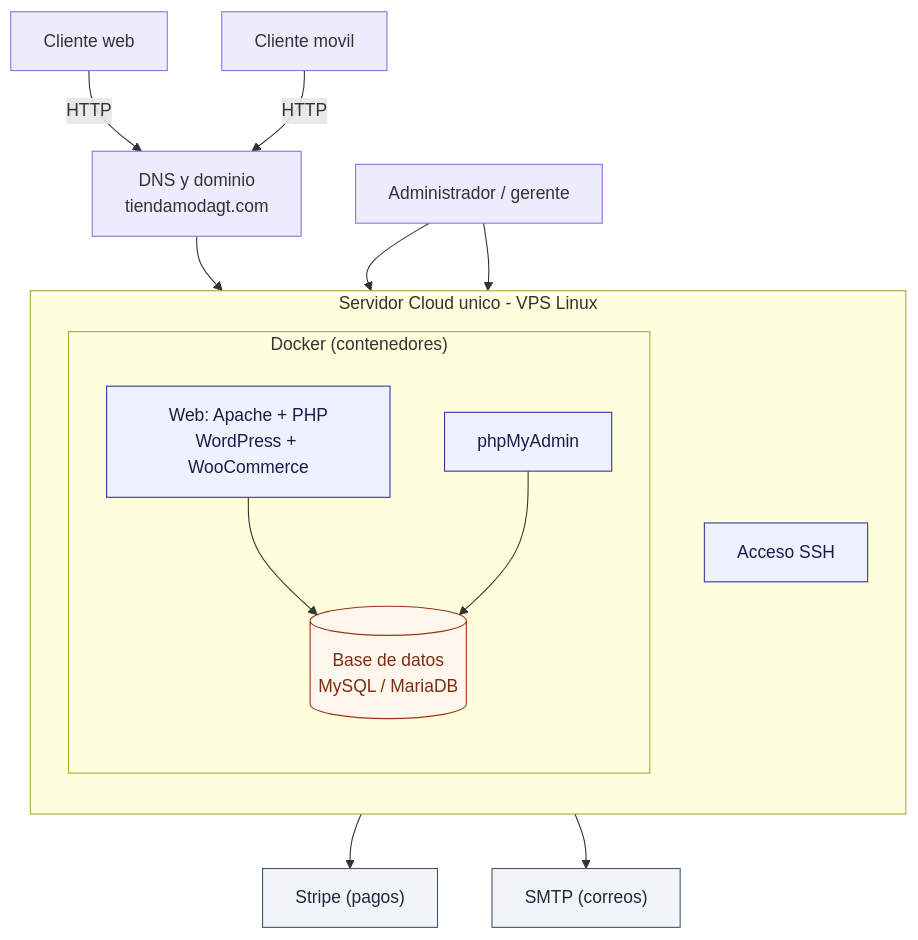
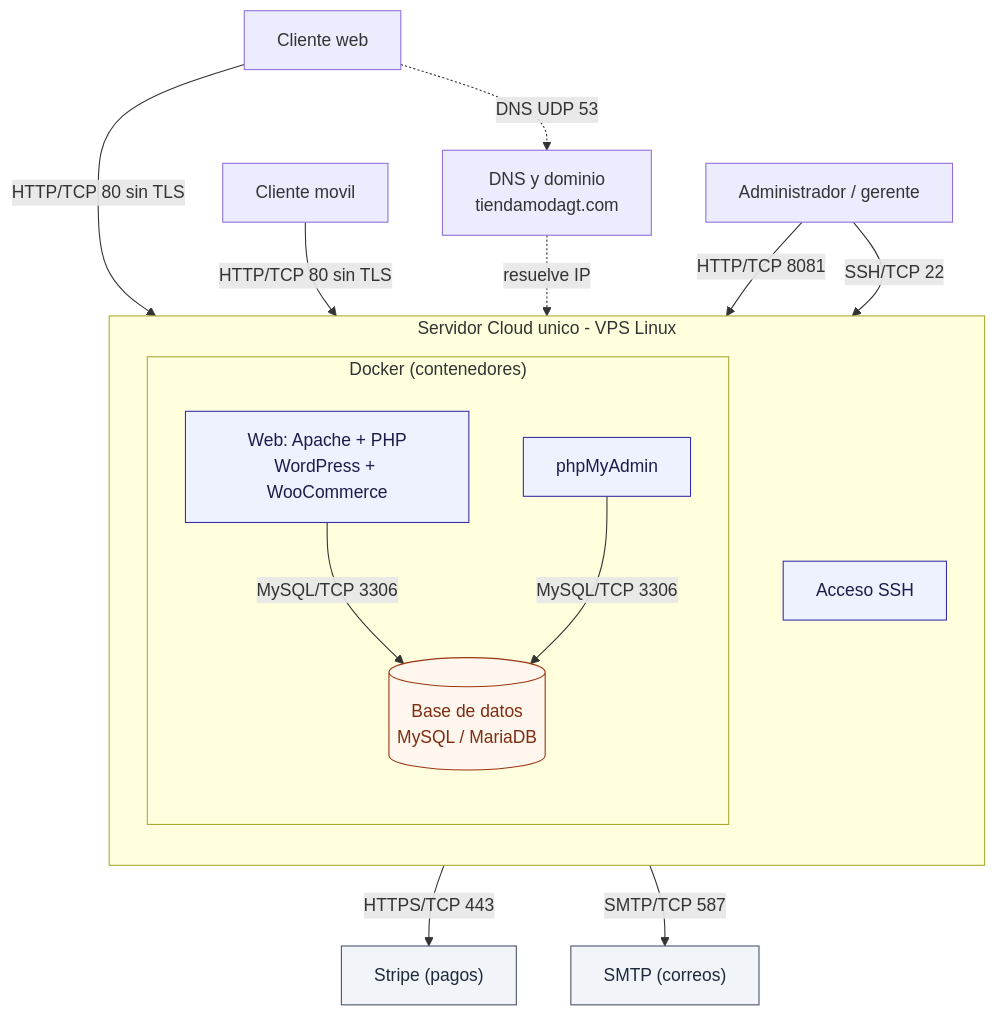
The diagram in README.md (JavierNavas/tienda-moda-gt), drawn with Mermaid before and after one commit. The commit also changed 1 other file, not shown here.

Commit message:
Agrega protocolo y puerto en cada conexion del diagrama y tabla de protocolos de comunicacion

````diff
--- a/README.md
+++ b/README.md
@@ -22,37 +22,39 @@
 ```mermaid
 flowchart TB
     WEB["Cliente web"]
     MOV["Cliente movil"]
     OPS["Administrador / gerente"]
     DNS["DNS y dominio<br/>tiendamodagt.com"]
 
     subgraph HOST["Servidor Cloud unico - VPS Linux"]
         direction TB
         subgraph DOCKER["Docker (contenedores)"]
             direction TB
             WPC["Web: Apache + PHP<br/>WordPress + WooCommerce"]
             DB[("Base de datos<br/>MySQL / MariaDB")]
             PMA["phpMyAdmin"]
         end
         SSH["Acceso SSH"]
     end
 
     PAY["Stripe (pagos)"]
     MAIL["SMTP (correos)"]
 
-    WEB -->|"HTTP"| DNS
-    MOV -->|"HTTP"| DNS
-    DNS --> WPC
-    WPC --> DB
-    WPC --> PAY
-    WPC --> MAIL
-    OPS --> PMA --> DB
-    OPS --> SSH
+    WEB -->|"HTTP/TCP 80 sin TLS"| WPC
+    MOV -->|"HTTP/TCP 80 sin TLS"| WPC
+    WEB -.->|"DNS UDP 53"| DNS
+    DNS -.->|"resuelve IP"| WPC
+    WPC -->|"MySQL/TCP 3306"| DB
+    WPC -->|"HTTPS/TCP 443"| PAY
+    WPC -->|"SMTP/TCP 587"| MAIL
+    OPS -->|"HTTP/TCP 8081"| PMA
+    PMA -->|"MySQL/TCP 3306"| DB
+    OPS -->|"SSH/TCP 22"| SSH
 
     classDef app fill:#eef2ff,stroke:#3730a3,color:#1e1b4b;
     classDef db fill:#fff7ed,stroke:#9a3412,color:#7c2d12;
     classDef ext fill:#f1f5f9,stroke:#475569,color:#1e293b;
     class WPC,PMA,SSH app;
     class DB db;
     class PAY,MAIL ext;
 ```
````
